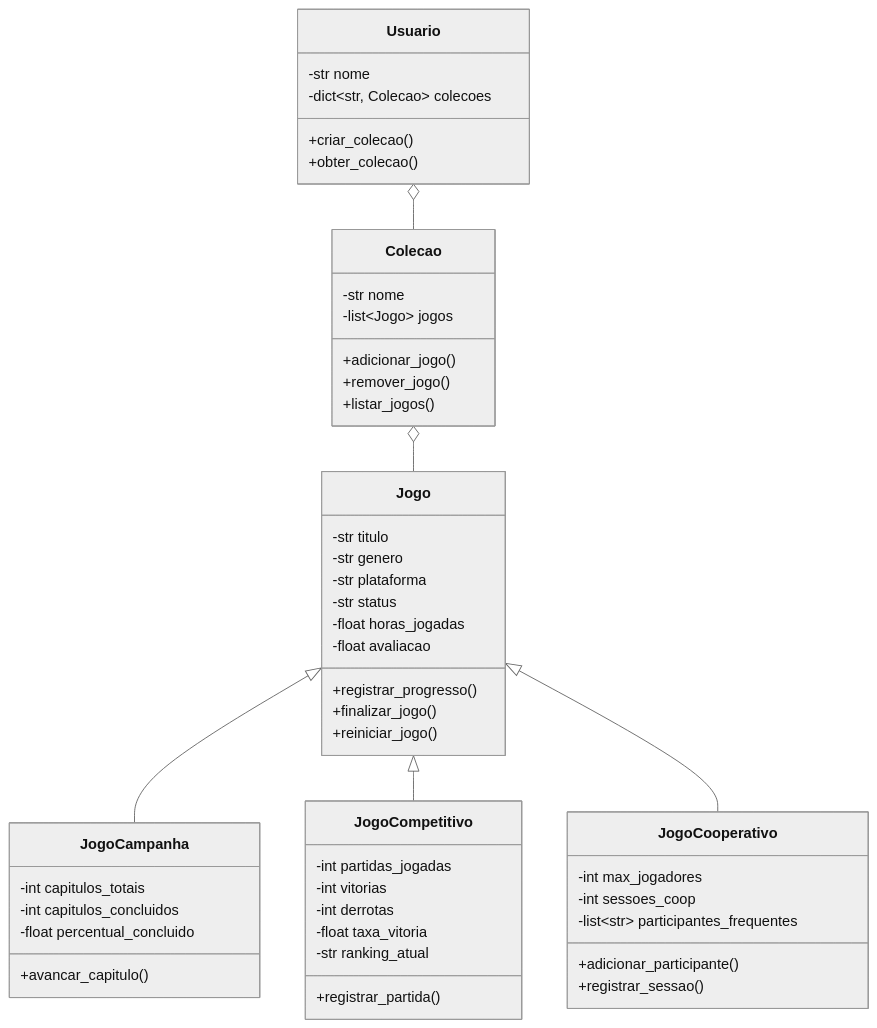
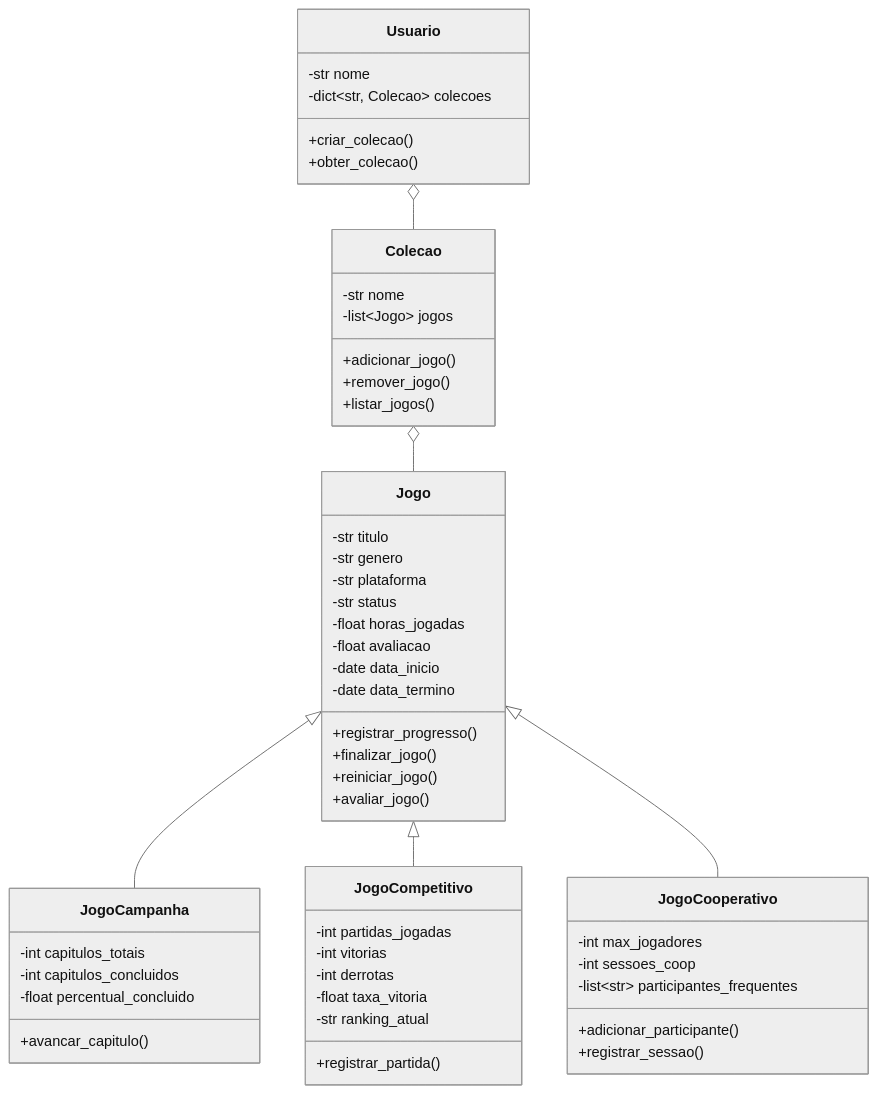
The diagram in docs/diagrama_classes_uml.md (kaue-aps/CatalogoJogosDigitais), drawn with Mermaid (neutral theme) before and after one commit.

Commit message:
adiciona atributos de data à classe e o método avaliar_jogo() à classe Jogo

````diff
--- a/docs/diagrama_classes_uml.md
+++ b/docs/diagrama_classes_uml.md
@@ -3,59 +3,62 @@
 ```mermaid
 classDiagram
     class Jogo {
         -str titulo
         -str genero
         -str plataforma
         -str status
         -float horas_jogadas
         -float avaliacao
+        -date data_inicio
+        -date data_termino
         +registrar_progresso()
         +finalizar_jogo()
         +reiniciar_jogo()
+        +avaliar_jogo()
     }
 
     class JogoCampanha {
         -int capitulos_totais
         -int capitulos_concluidos
         -float percentual_concluido
         +avancar_capitulo()
     }
 
     class JogoCompetitivo {
         -int partidas_jogadas
         -int vitorias
         -int derrotas
         -float taxa_vitoria
         -str ranking_atual
         +registrar_partida()
     }
 
     class JogoCooperativo {
         -int max_jogadores
         -int sessoes_coop
         -list~str~ participantes_frequentes
         +adicionar_participante()
         +registrar_sessao()
     }
 
     class Colecao {
         -str nome
         -list~Jogo~ jogos
         +adicionar_jogo()
         +remover_jogo()
         +listar_jogos()
     }
 
     class Usuario {
         -str nome
         -dict~str, Colecao~ colecoes
         +criar_colecao()
         +obter_colecao()
     }
 
     Jogo <|-- JogoCampanha
     Jogo <|-- JogoCompetitivo
     Jogo <|-- JogoCooperativo
     Colecao o-- Jogo
     Usuario o-- Colecao
 ```
````
